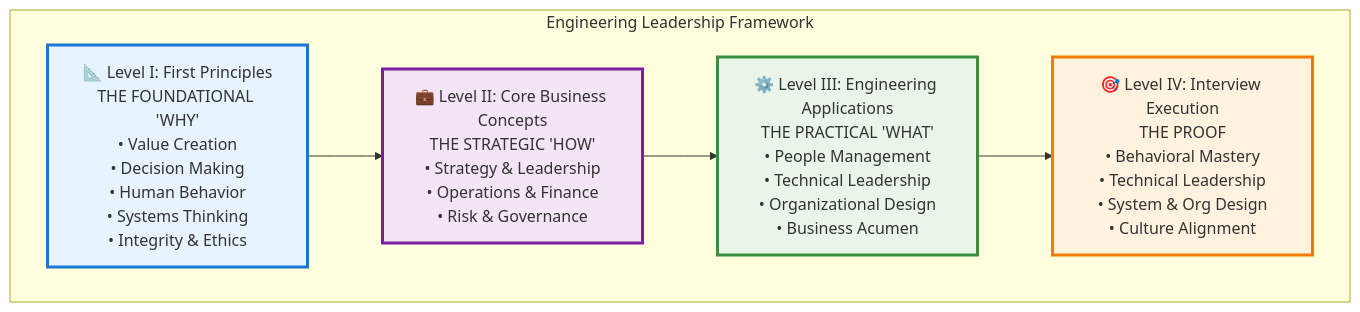
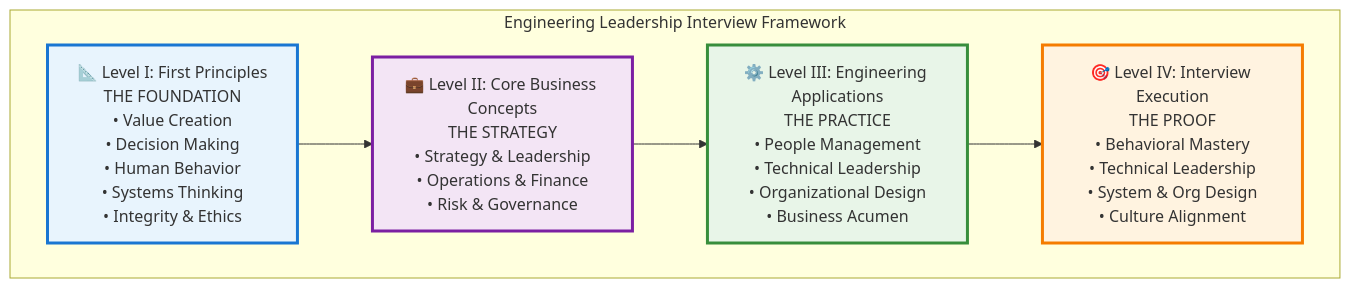
The diagram in docs/interview-prep/engineering-leadership/index.md (deepaucksharma/DStudio), drawn with Mermaid before and after one commit. The commit also changed other lines of this file and 498 other files, not shown here.

First line of the commit message:
feat: comprehensive knowledge graph quality improvements

````diff
--- a/docs/interview-prep/engineering-leadership/index.md
+++ b/docs/interview-prep/engineering-leadership/index.md
@@ -14,26 +9,26 @@
 ```mermaid
 graph TD
-    subgraph "Engineering Leadership Framework"
+    subgraph "Engineering Leadership Interview Framework"
         IV["🎯 Level IV: Interview Execution<br/>THE PROOF<br/>• Behavioral Mastery<br/>• Technical Leadership<br/>• System & Org Design<br/>• Culture Alignment"] 
         
-        III["⚙️ Level III: Engineering Applications<br/>THE PRACTICAL 'WHAT'<br/>• People Management<br/>• Technical Leadership<br/>• Organizational Design<br/>• Business Acumen"]
+        III["⚙️ Level III: Engineering Applications<br/>THE PRACTICE<br/>• People Management<br/>• Technical Leadership<br/>• Organizational Design<br/>• Business Acumen"]
         
-        II["💼 Level II: Core Business Concepts<br/>THE STRATEGIC 'HOW'<br/>• Strategy & Leadership<br/>• Operations & Finance<br/>• Risk & Governance"]
+        II["💼 Level II: Core Business Concepts<br/>THE STRATEGY<br/>• Strategy & Leadership<br/>• Operations & Finance<br/>• Risk & Governance"]
         
-        I["📐 Level I: First Principles<br/>THE FOUNDATIONAL 'WHY'<br/>• Value Creation<br/>• Decision Making<br/>• Human Behavior<br/>• Systems Thinking<br/>• Integrity & Ethics"]
+        I["📐 Level I: First Principles<br/>THE FOUNDATION<br/>• Value Creation<br/>• Decision Making<br/>• Human Behavior<br/>• Systems Thinking<br/>• Integrity & Ethics"]
     end
     
     I --> II
     II --> III
     III --> IV
     
     classDef level1 fill:#e8f4fd,stroke:#1976d2,stroke-width:3px
     classDef level2 fill:#f3e5f5,stroke:#7b1fa2,stroke-width:3px
     classDef level3 fill:#e8f5e8,stroke:#388e3c,stroke-width:3px
     classDef level4 fill:#fff3e0,stroke:#f57c00,stroke-width:3px
     
     class I level1
     class II level2
     class III level3
     class IV level4
 ```
````
